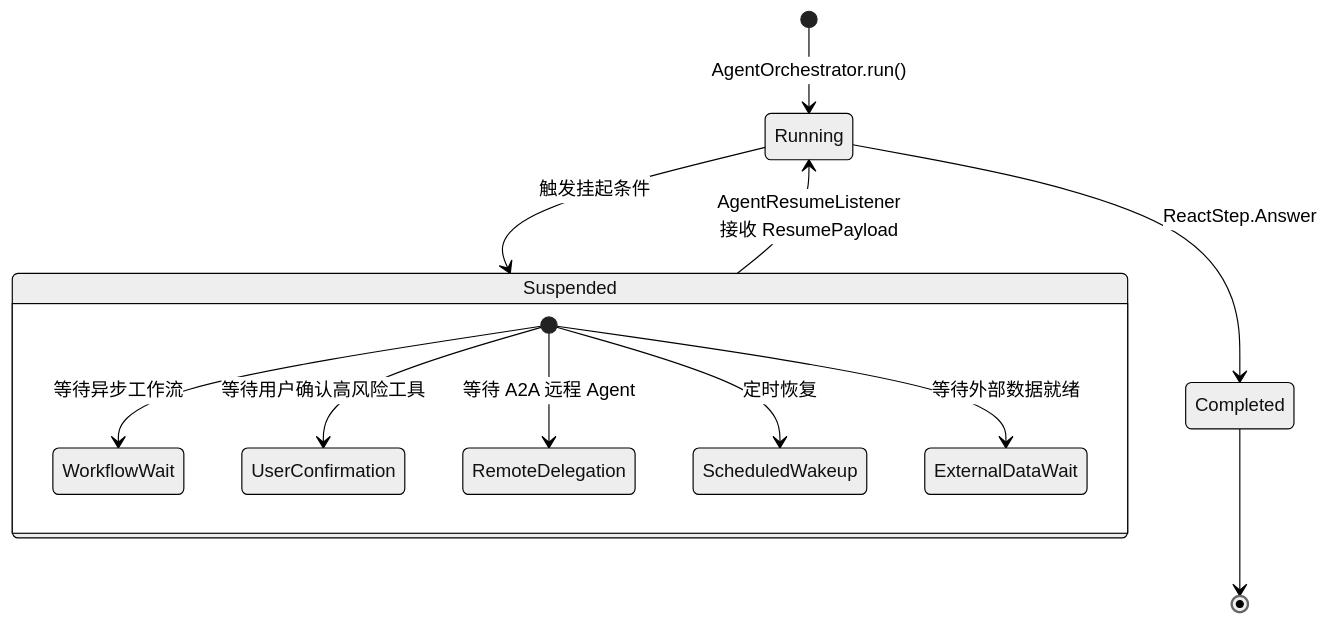
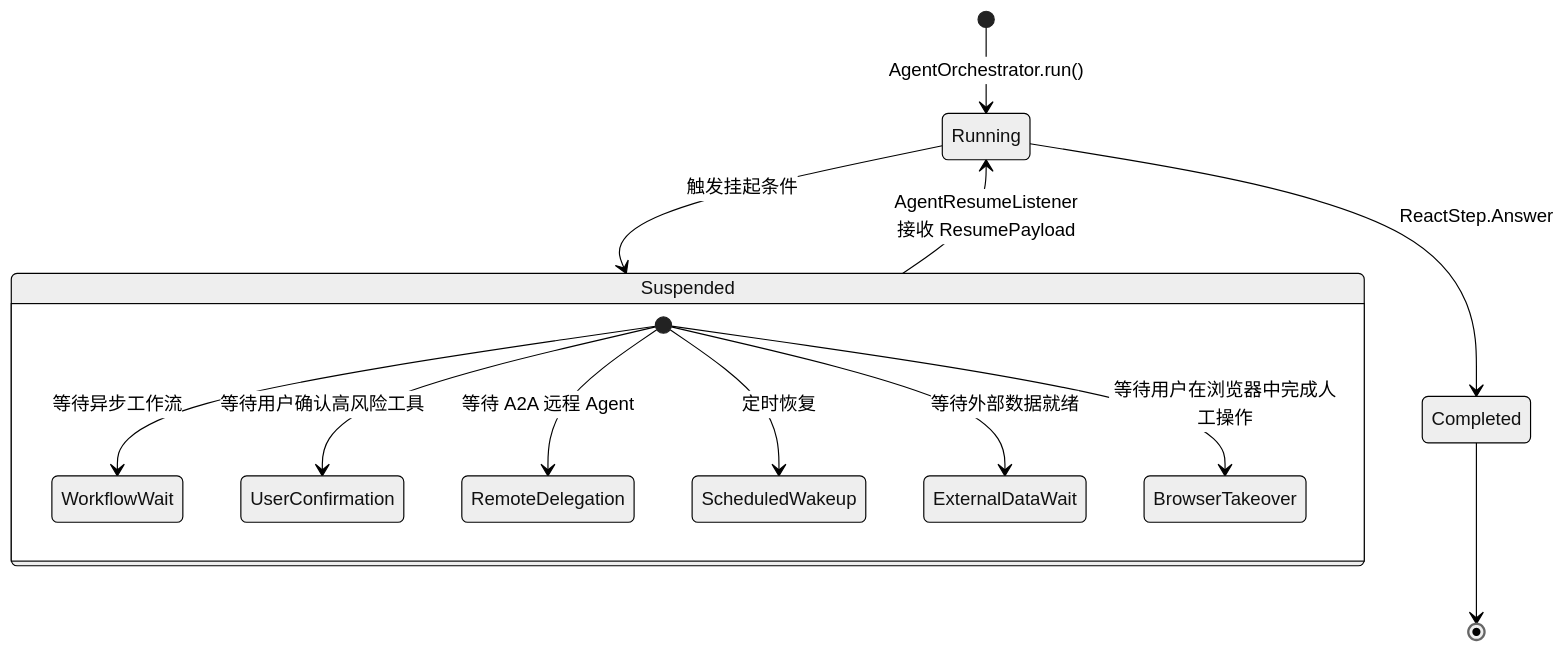
Before and after one commit to ntygod/LifePilot: diagram 15 of 35 in ARCHITECTURE-DIAGRAMS.md, drawn with Mermaid (neutral theme). The commit also changed other lines of this file and 96 other files, not shown here.

````diff
--- a/ARCHITECTURE-DIAGRAMS.md
+++ b/ARCHITECTURE-DIAGRAMS.md
@@ -704,18 +704,19 @@
 ```mermaid
 stateDiagram-v2
     [*] --> Running: AgentOrchestrator.run()
     
     Running --> Suspended: 触发挂起条件
     
     state Suspended {
         [*] --> WorkflowWait: 等待异步工作流
         [*] --> UserConfirmation: 等待用户确认高风险工具
         [*] --> RemoteDelegation: 等待 A2A 远程 Agent
         [*] --> ScheduledWakeup: 定时恢复
         [*] --> ExternalDataWait: 等待外部数据就绪
+        [*] --> BrowserTakeover: 等待用户在浏览器中完成人工操作
     }
 
     Suspended --> Running: AgentResumeListener<br/>接收 ResumePayload
     Running --> Completed: ReactStep.Answer
     Completed --> [*]
 ```
````
